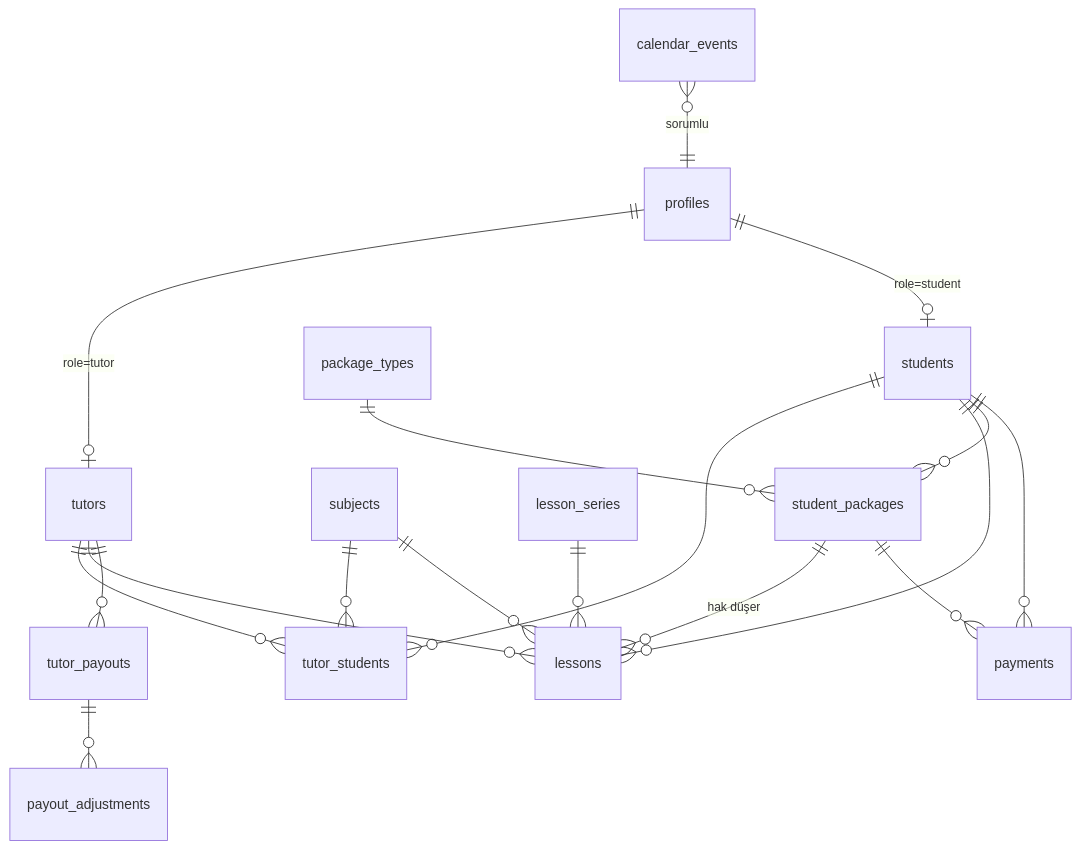
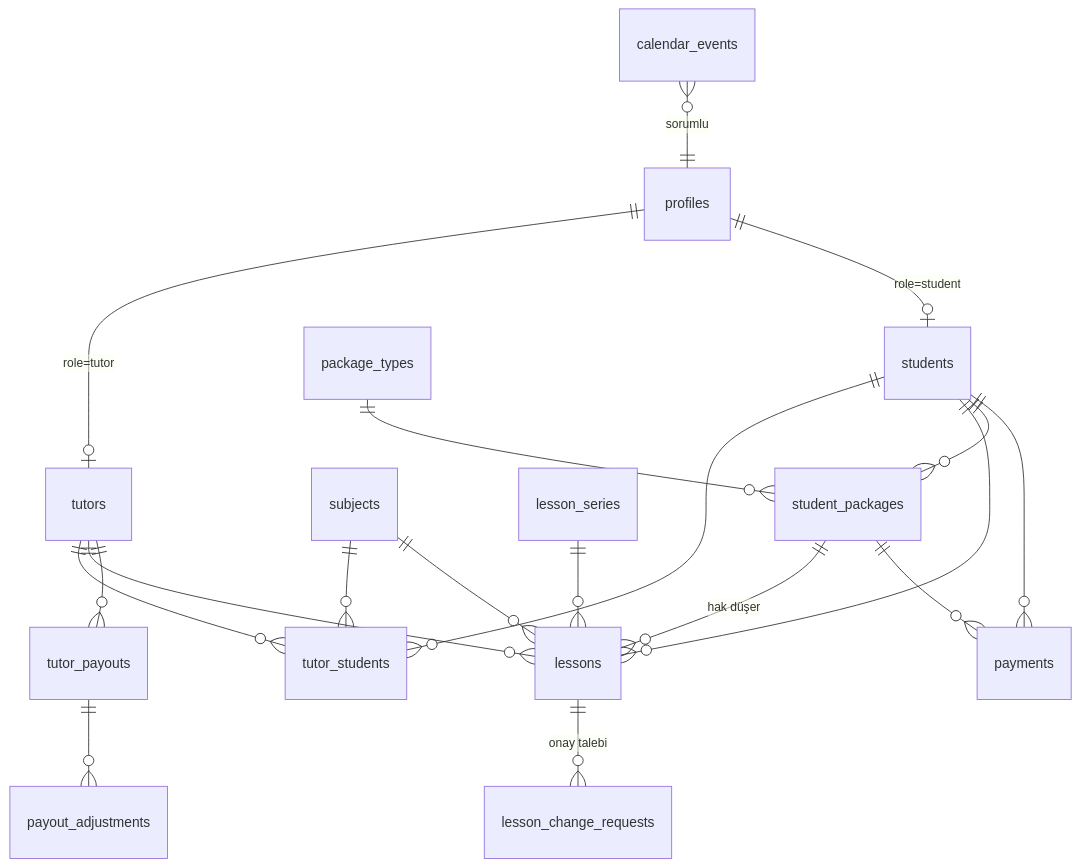
Before and after one commit to basarikodu/basarikodu-panel: the diagram in docs/04-VERITABANI.md, drawn with Mermaid. The commit also changed other lines of this file and 4 other files, not shown here.

````diff
--- a/docs/04-VERITABANI.md
+++ b/docs/04-VERITABANI.md
@@ -5,20 +5,21 @@
 ```mermaid
 erDiagram
   profiles ||--o| tutors : "role=tutor"
   profiles ||--o| students : "role=student"
   tutors ||--o{ tutor_students : ""
   students ||--o{ tutor_students : ""
   subjects ||--o{ tutor_students : ""
   tutors ||--o{ lessons : ""
   students ||--o{ lessons : ""
   subjects ||--o{ lessons : ""
   lesson_series ||--o{ lessons : ""
+  lessons ||--o{ lesson_change_requests : "onay talebi"
   package_types ||--o{ student_packages : ""
   students ||--o{ student_packages : ""
   student_packages ||--o{ lessons : "hak düşer"
   students ||--o{ payments : ""
   student_packages ||--o{ payments : ""
   tutors ||--o{ tutor_payouts : ""
   tutor_payouts ||--o{ payout_adjustments : ""
   calendar_events }o--|| profiles : "sorumlu"
 ```
````
